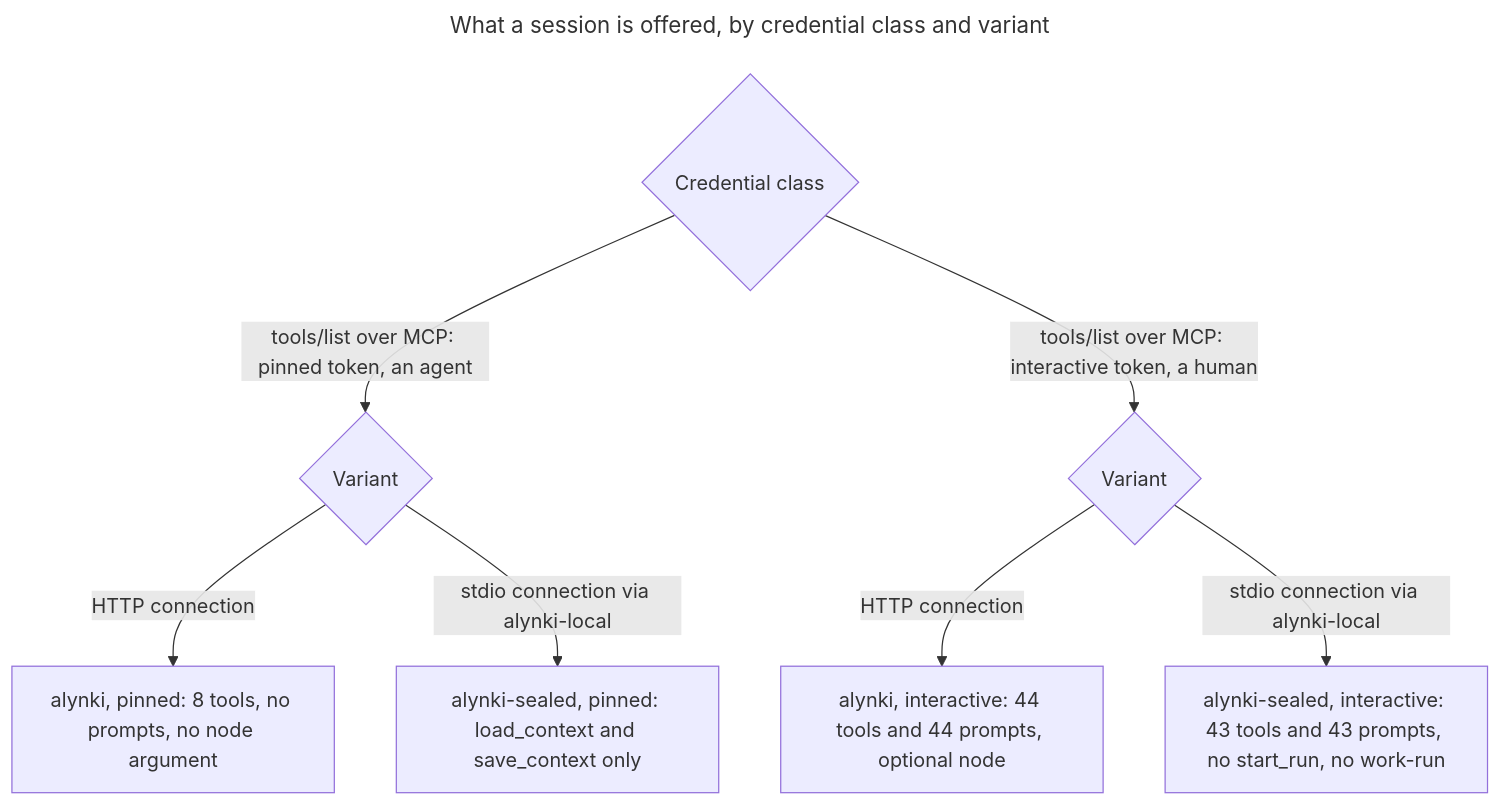
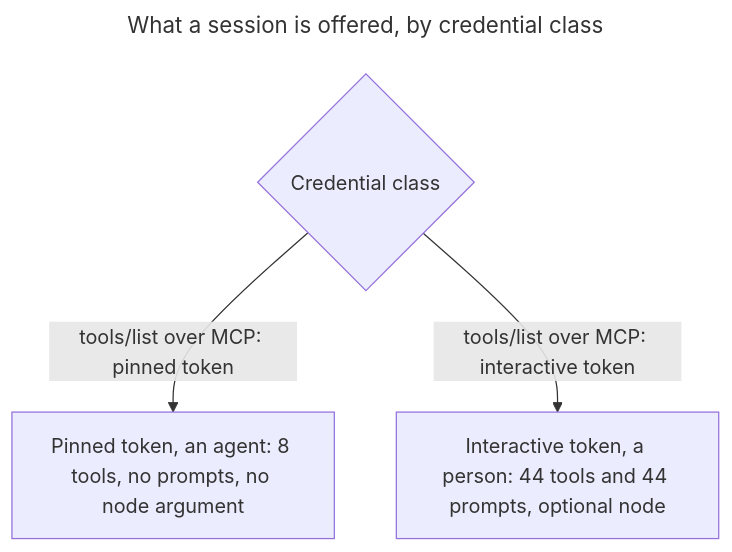
One commit to alynki/plugin changed the second of 4 diagrams in README.md. Above: the diagram before and after it, drawn with Mermaid. The commit also changed other lines of this file and 8 other files, not shown here.

First line of the commit message:
alynki/alynki#3262 Plugin: remove the sealed variant for now (#71)

````diff
--- a/README.md
+++ b/README.md
@@ -200,20 +107,12 @@
 ```mermaid
 ---
-title: What a session is offered, by credential class and variant
+title: What a session is offered, by credential class
 ---
 graph TB
   cls{"Credential class"}
-  pinv{"Variant"}
-  intv{"Variant"}
-  p8["alynki, pinned: 8 tools, no prompts, no node argument"]
-  ps["alynki-sealed, pinned: load_context and save_context only"]
-  i44["alynki, interactive: 44 tools and 44 prompts, optional node"]
-  i43["alynki-sealed, interactive: 43 tools and 43 prompts, no start_run, no work-run"]
+  p8["Pinned token, an agent: 8 tools, no prompts, no node argument"]
+  i44["Interactive token, a person: 44 tools and 44 prompts, optional node"]
 
-  cls -->|"tools/list over MCP: pinned token, an agent"| pinv
-  cls -->|"tools/list over MCP: interactive token, a human"| intv
-  pinv -->|"HTTP connection"| p8
-  pinv -->|"stdio connection via alynki-local"| ps
-  intv -->|"HTTP connection"| i44
-  intv -->|"stdio connection via alynki-local"| i43
+  cls -->|"tools/list over MCP: pinned token"| p8
+  cls -->|"tools/list over MCP: interactive token"| i44
 ```
````
